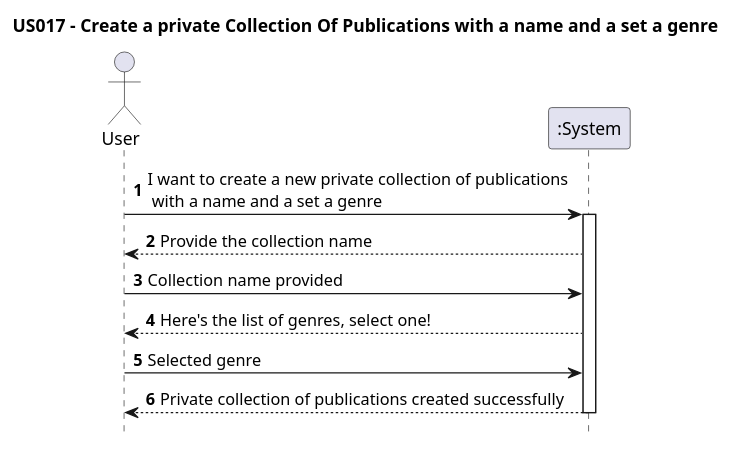
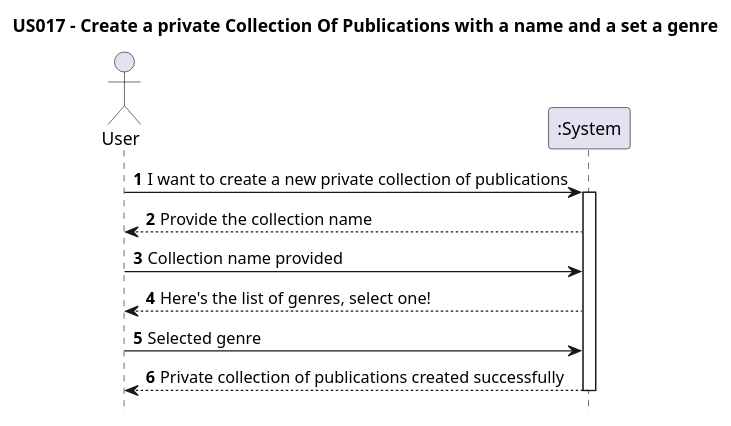
The diagram in Diagrams/SequenceDiagrams/N1/US017-to-create-private-publications-list.puml (AndrePereiraGitH/SWitCH-Project-Team_A), drawn with PlantUML before and after one commit. The commit also changed 19 other files, not shown here.

Commit message:
closes #39 - Implement US017 private collection creation with genre

```diff
--- a/Diagrams/SequenceDiagrams/N1/US017-to-create-private-publications-list.puml
+++ b/Diagrams/SequenceDiagrams/N1/US017-to-create-private-publications-list.puml
@@ -1,22 +1,22 @@
 @startuml
 autonumber
 hide footbox
 
 title US017 - Create a private Collection Of Publications with a name and a set a genre
 
 actor "User" as User
 participant ":System" as System
 
-User -> System : I want to create a new private collection of publications\n with a name and a set a genre
+User -> System : I want to create a new private collection of publications
 activate System
 
 System --> User : Provide the collection name
 User -> System : Collection name provided
 
 System --> User : Here's the list of genres, select one!
 User -> System : Selected genre
 
 System --> User : Private collection of publications created successfully
 deactivate System
 
 @enduml
```
